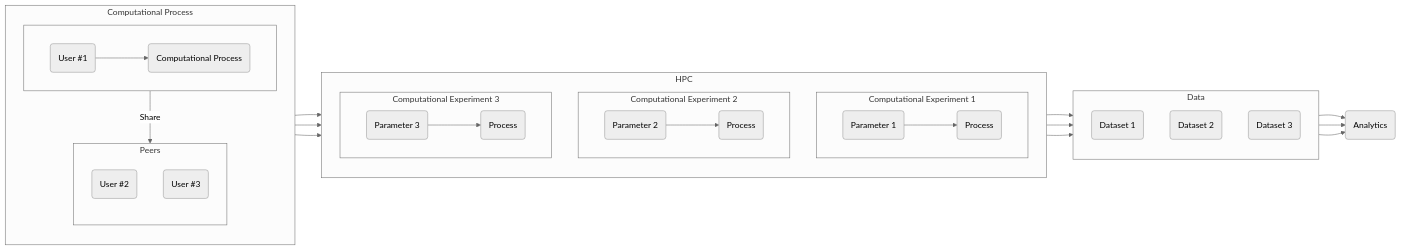
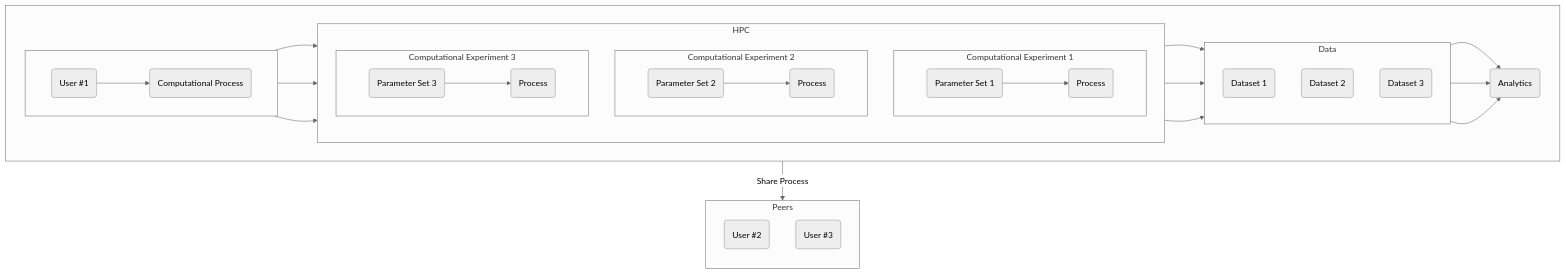
One commit to LLNL/maestrowf changed the second of 2 diagrams in docs/Philosophy/principles.md. Above: the diagram before and after it, drawn with Mermaid (neutral theme). The commit also changed other lines of this file, not shown here.

Commit message:
Rework reproducible science diagrams to be more readable

````diff
--- a/docs/Philosophy/principles.md
+++ b/docs/Philosophy/principles.md
@@ -81,43 +79,43 @@
 ``` mermaid
-flowchart LR
-    subgraph comp _proc [Computational Process]
-      direction TB
+flowchart TB
+    subgraph Initial [ ]
+      direction LR
       subgraph Process [ ]
         direction LR
         A(User #1)-->B(Computational Process)
       end
-      Process--Share-->Peers
-      subgraph Peers
-          direction TB
-          C(User #2)
-          D(User #3)
-      end
-    end
     B-->E
     B-->G
     B-->I
     subgraph HPC
       direction TB
         subgraph Exp1 [Computational Experiment 1]
           direction LR
-          E(Parameter 1) --> F(Process)
+          E(Parameter Set 1) --> F(Process)
         end
         subgraph Exp2 [Computational Experiment 2]
           direction LR
-          G(Parameter 2) --> H(Process)
+          G(Parameter Set 2) --> H(Process)
         end
         subgraph Exp3 [Computational Experiment 3]
           direction LR
-          I(Parameter 3) --> J(Process)
+          I(Parameter Set 3) --> J(Process)
         end
     end
     subgraph Data
       direction TB
       F-->K(Dataset 1)
       H-->L(Dataset 2)
       J-->M(Dataset 3)
     end
     K-->N(Analytics)
     L-->N
     M-->N
+    end
+      Initial--Share Process-->Peers
+      subgraph Peers
+          direction TB
+          C(User #2)
+          D(User #3)
+      end
 ```
````
